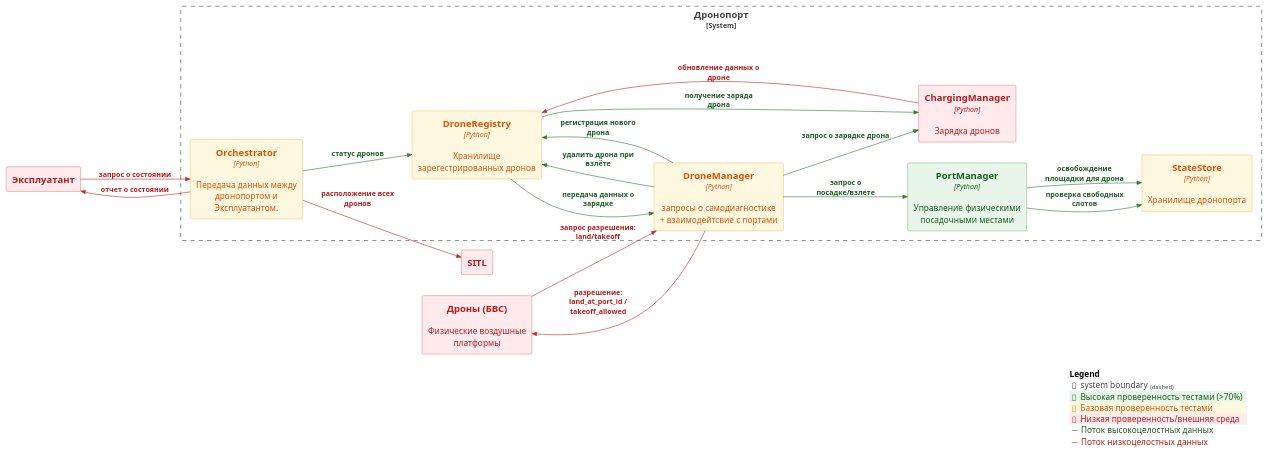
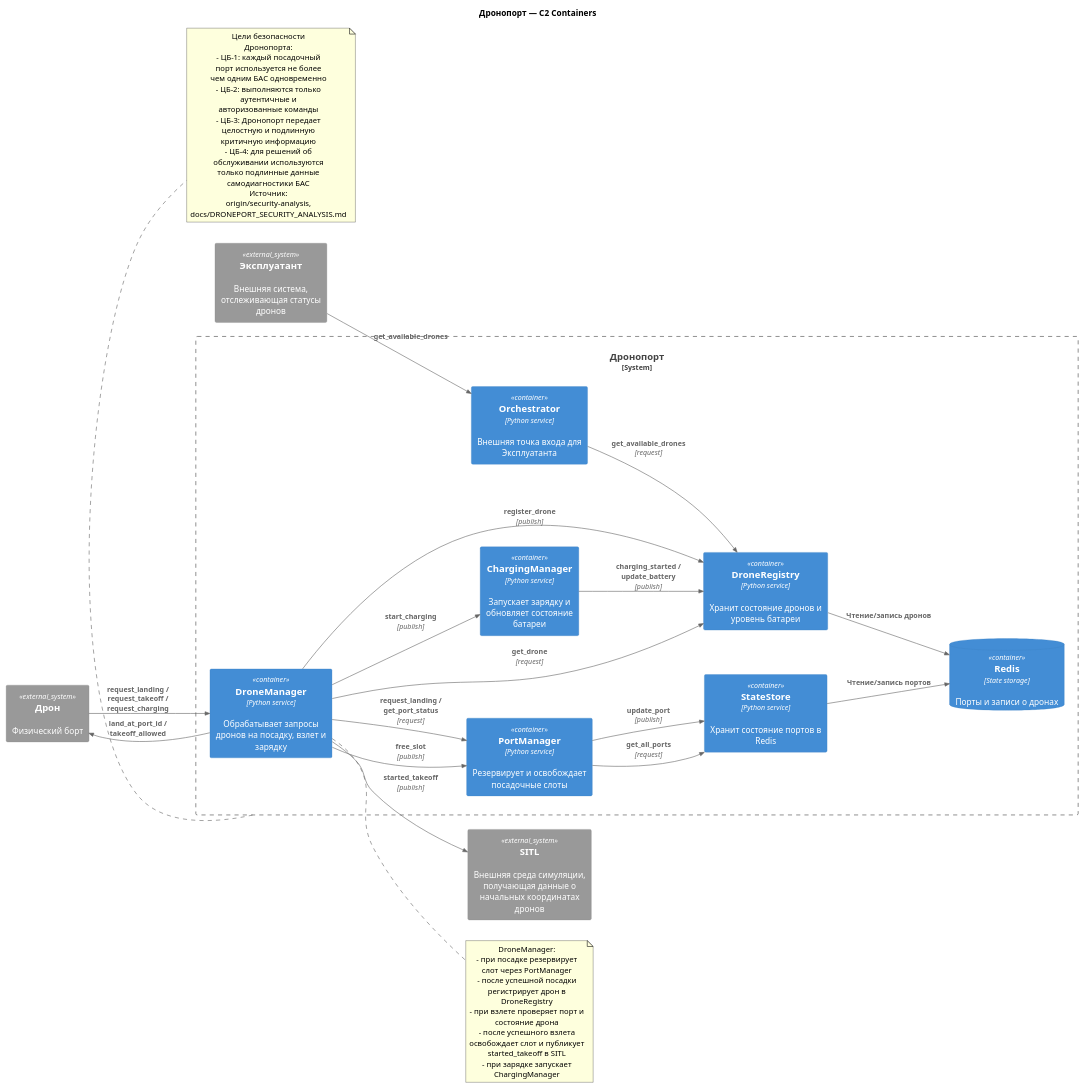
Before and after one commit to Kaitrye/DronePortGCS: the diagram in systems/drone_port/docs/C4 Container.puml, drawn with PlantUML. The commit also changed 12 other files, not shown here.

```diff
--- a/systems/drone_port/docs/C4 Container.puml
+++ b/systems/drone_port/docs/C4 Container.puml
@@ -1,63 +1,60 @@
 @startuml
-!include https://raw.githubusercontent.com/plantuml-stdlib/C4-PlantUML/master/C4_Container.puml  
+!include https://raw.githubusercontent.com/plantuml-stdlib/C4-PlantUML/master/C4_Container.puml
 LAYOUT_LEFT_RIGHT()
 
-' === Assurance level styling for elements (3 colors only) ===
-AddElementTag("trusted", $bgColor="#E8F5E9", $fontColor="#1B5E20", $borderColor="#2E7D32", $legendText="Высокая проверенность тестами (>70%)")
-AddElementTag("controlled", $bgColor="#FFF8E1", $fontColor="#E65100", $borderColor="#FB8C00", $legendText="Базовая проверенность тестами")
-AddElementTag("untrusted", $bgColor="#FFEBEE", $fontColor="#B71C1C", $borderColor="#C62828", $legendText="Низкая проверенность/внешняя среда")
+title Дронопорт — C2 Containers
 
-' === Relation styling (2 colors only) ===
-AddRelTag("trusted_flow", $textColor="#1B5E20", $lineColor="#2E7D32", $legendText="Поток высокоцелостных данных")
-AddRelTag("external_flow", $textColor="#B71C1C", $lineColor="#C62828", $legendText="Поток низкоцелостных данных")
+System_Ext(operator_system, "Эксплуатант", "Внешняя система, отслеживающая статусы дронов")
+System_Ext(drone, "Дрон", "Физический борт")
+System_Ext(sitl, "SITL", "Внешняя среда симуляции, получающая данные о начальных координатах дронов")
 
-' === External systems ===
-System_Ext(operator, "Эксплуатант", $tags="untrusted")
-System_Ext(sitl, "SITL", $tags="untrusted")
-System_Ext(drones, "Дроны (БВС)", "Физические воздушные платформы", $tags="untrusted")
+System_Boundary(drone_port, "Дронопорт") {
+  Container(orchestrator, "Orchestrator", "Python service", "Внешняя точка входа для Эксплуатанта")
+  Container(drone_manager, "DroneManager", "Python service", "Обрабатывает запросы дронов на посадку, взлет и зарядку")
+  Container(drone_registry, "DroneRegistry", "Python service", "Хранит состояние дронов и уровень батареи")
+  Container(port_manager, "PortManager", "Python service", "Резервирует и освобождает посадочные слоты")
+  Container(charging_manager, "ChargingManager", "Python service", "Запускает зарядку и обновляет состояние батареи")
+  Container(state_store, "StateStore", "Python service", "Хранит состояние портов в Redis")
 
-
-' === Droneport boundary ===
-System_Boundary(droneport, "Дронопорт") {
-    
-    Container(orchestrator, "Orchestrator", "Python", "Передача данных между дронопортом и Эксплуатантом.", $tags="controlled")
-    Container(drone_mgr, "DroneManager", "Python", "запросы о самодиагностике + взаимодейтсвие с портами", $tags="controlled")
-    Container(drone_reg, "DroneRegistry", "Python", "Хранилище зарегестрированных дронов", $tags="controlled")
-
-    Container(port_mgr, "PortManager", "Python", "Управление физическими посадочными местами", $tags="trusted")
-    Container(charging_mgr, "ChargingManager", "Python", "Зарядка дронов", $tags="untrusted")
-    Container(state_store, "StateStore", "Python", "Хранилище дронопорта", $tags="controlled")
+  ContainerDb(redis, "Redis", "State storage", "Порты и записи о дронах")
 }
 
-' === Relations: Operator -> Orchestrator ===
-Rel(operator, orchestrator, "запрос о состоянии", $tags="external_flow")
-Rel(orchestrator, operator, "отчет о состоянии", $tags="external_flow")
+Rel(operator_system, orchestrator, "get_available_drones")
+Rel(orchestrator, drone_registry, "get_available_drones", "request")
 
-'SITL'
-Rel(orchestrator, sitl, "расположение всех дронов", $tags="external_flow")
+Rel(drone, drone_manager, "request_landing / request_takeoff / request_charging")
+Rel(drone_manager, drone, "land_at_port_id / takeoff_allowed")
+Rel(drone_manager, sitl, "started_takeoff", "publish")
 
-' === Relations: Orchestrator -> DroneRegistry (Facade) ===
-Rel(orchestrator, drone_reg, "статус дронов", $tags="trusted_flow")
+Rel(drone_manager, port_manager, "request_landing / get_port_status", "request")
+Rel(drone_manager, port_manager, "free_slot", "publish")
+Rel(drone_manager, drone_registry, "register_drone", "publish")
+Rel(drone_manager, drone_registry, "get_drone", "request")
+Rel(drone_manager, charging_manager, "start_charging", "publish")
 
-' === Relations: PortManager -> StateStore ===
-Rel(port_mgr, state_store, "проверка свободных слотов", $tags="trusted_flow")
-Rel(port_mgr, state_store, "освобождение площадки для дрона", $tags="trusted_flow")
+Rel(charging_manager, drone_registry, "charging_started / update_battery", "publish")
 
-' === DroneManager: permissions only ===
-Rel(drones, drone_mgr, "запрос разрешения: land/takeoff", $tags="external_flow")
-Rel(drone_mgr, drones, "разрешение: land_at_port_id / takeoff_allowed", $tags="external_flow")
+Rel(port_manager, state_store, "get_all_ports", "request")
+Rel(port_manager, state_store, "update_port", "publish")
+Rel(state_store, redis, "Чтение/запись портов")
+Rel(drone_registry, redis, "Чтение/запись дронов")
 
-' === Internal component communication (minimal) ===
-Rel(drone_mgr, drone_reg, "удалить дрона при взлёте", $tags="trusted_flow")
-Rel(drone_mgr, port_mgr, "запрос о посадке/взлете", $tags="trusted_flow")
-Rel(drone_mgr, drone_reg, "регистрация нового дрона", $tags="trusted_flow")
-Rel(drone_reg, drone_mgr, "передача данных о зарядке", $tags="trusted_flow")
-Rel(drone_mgr, charging_mgr, "запрос о зарядке дрона", $tags="trusted_flow")
+note right of drone_manager
+  DroneManager:
+  - при посадке резервирует слот через PortManager
+  - после успешной посадки регистрирует дрон в DroneRegistry
+  - при взлете проверяет порт и состояние дрона
+  - после успешного взлета освобождает слот и публикует started_takeoff в SITL
+  - при зарядке запускает ChargingManager
+end note
 
+note bottom of drone_port
+  Цели безопасности Дронопорта:
+  - ЦБ-1: каждый посадочный порт используется не более чем одним БАС одновременно
+  - ЦБ-2: выполняются только аутентичные и авторизованные команды
+  - ЦБ-3: Дронопорт передает целостную и подлинную критичную информацию
+  - ЦБ-4: для решений об обслуживании используются только подлинные данные самодиагностики БАС
+  Источник: origin/security-analysis, docs/DRONEPORT_SECURITY_ANALYSIS.md
+end note
 
-Rel(drone_reg, charging_mgr, "получение заряда дрона", $tags="trusted_flow")
-Rel(charging_mgr, drone_reg, "обновление данных о дроне", $tags="external_flow")
-
-
-SHOW_LEGEND()
 @enduml
```
